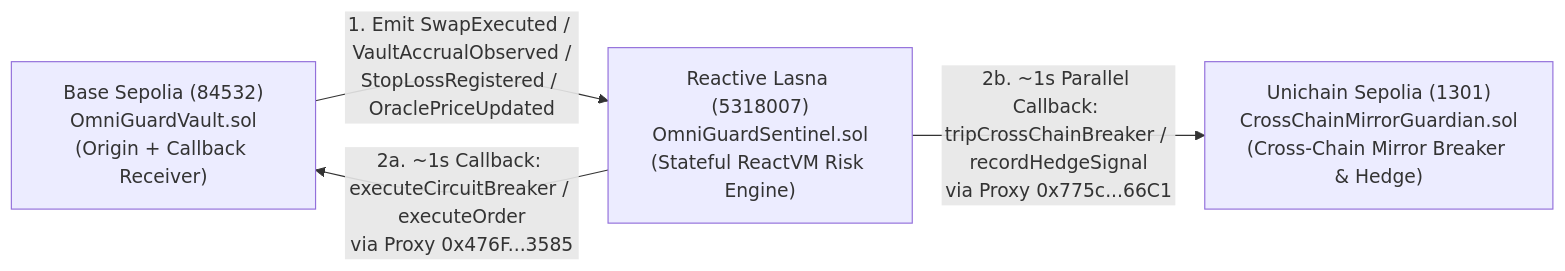
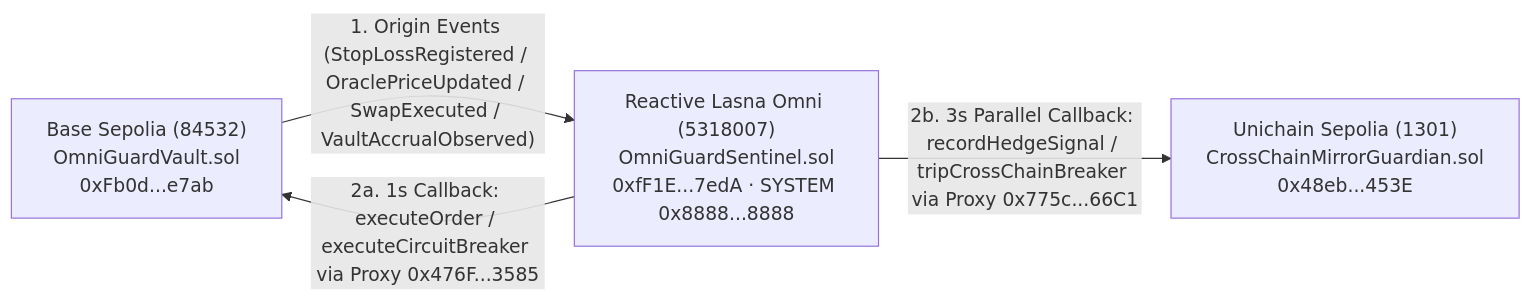
The diagram in README.md (z121245017-ai/omniguard-reactive), drawn with Mermaid before and after one commit. The commit also changed other lines of this file and 111 other files, not shown here.

Commit message:
feat: migrate OmniGuard to native reactive-lib-omni (0x8888...8888), deploy live 3-chain loop (1s Base / 3s Unichain), add dashboard & HD demo

````diff
--- a/README.md
+++ b/README.md
@@ -21,10 +51,10 @@
 ```mermaid
 flowchart LR
-    A["Base Sepolia (84532)\nOmniGuardVault.sol\n(Origin + Callback Receiver)"]
-    B["Reactive Lasna (5318007)\nOmniGuardSentinel.sol\n(Stateful ReactVM Risk Engine)"]
-    C["Unichain Sepolia (1301)\nCrossChainMirrorGuardian.sol\n(Cross-Chain Mirror Breaker & Hedge)"]
+    A["Base Sepolia (84532)\nOmniGuardVault.sol\n0xFb0d...e7ab"]
+    B["Reactive Lasna Omni (5318007)\nOmniGuardSentinel.sol\n0xfF1E...7edA · SYSTEM 0x8888...8888"]
+    C["Unichain Sepolia (1301)\nCrossChainMirrorGuardian.sol\n0x48eb...453E"]
 
-    A -- "1. Emit SwapExecuted / VaultAccrualObserved /\nStopLossRegistered / OraclePriceUpdated" --> B
-    B -- "2a. ~1s Callback: executeCircuitBreaker / executeOrder\nvia Proxy 0x476F...3585" --> A
-    B -- "2b. ~1s Parallel Callback: tripCrossChainBreaker / recordHedgeSignal\nvia Proxy 0x775c...66C1" --> C
+    A -- "1. Origin Events (StopLossRegistered / OraclePriceUpdated / SwapExecuted / VaultAccrualObserved)" --> B
+    B -- "2a. 1s Callback: executeOrder / executeCircuitBreaker via Proxy 0x476F...3585" --> A
+    B -- "2b. 3s Parallel Callback: recordHedgeSignal / tripCrossChainBreaker via Proxy 0x775c...66C1" --> C
 ```
````
